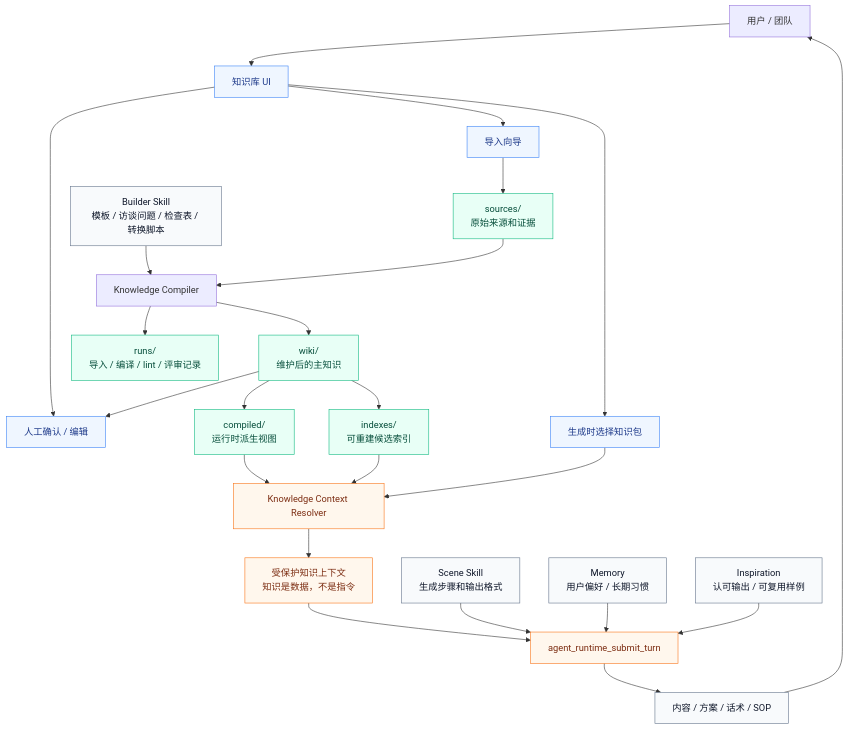
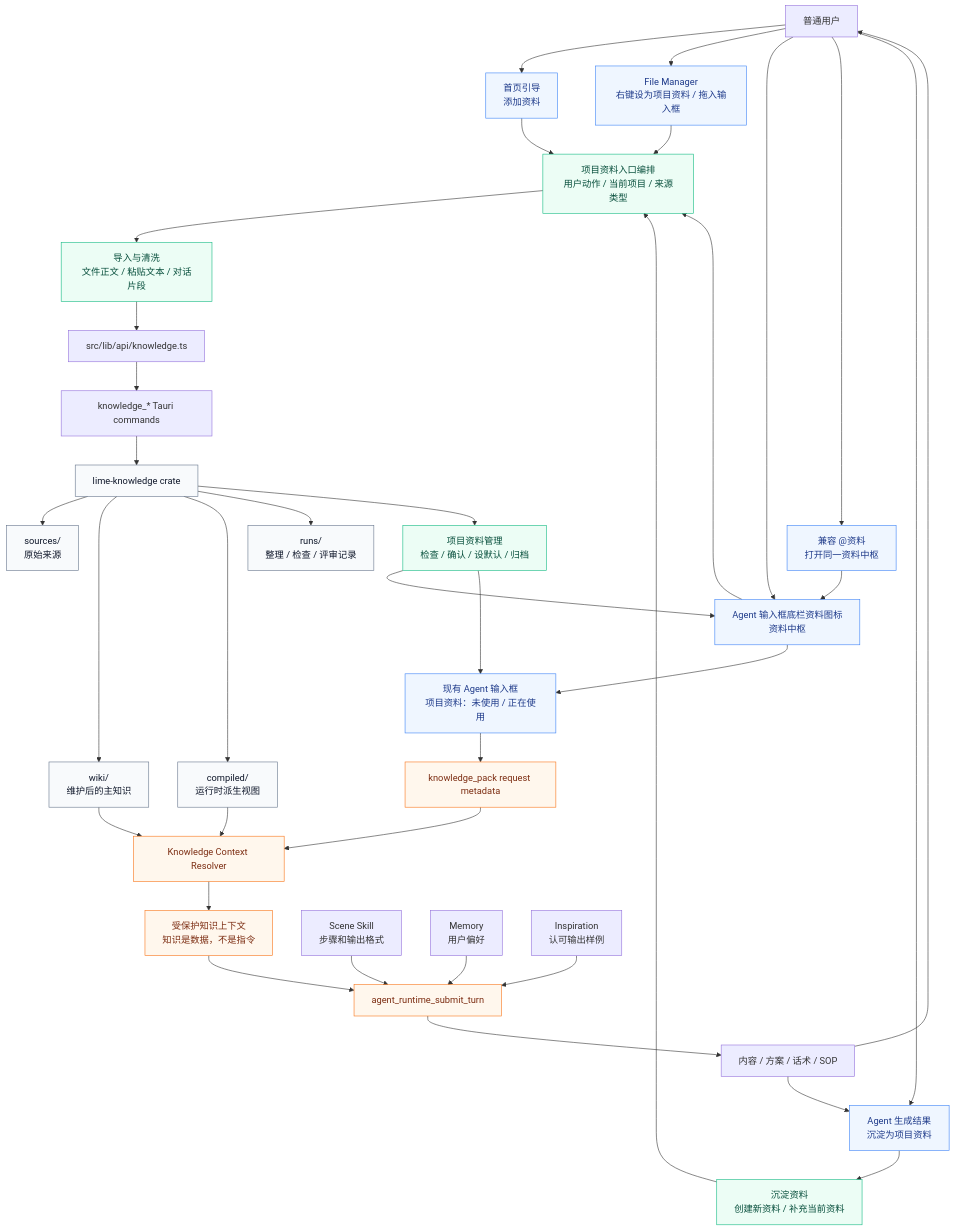
The first of 9 diagrams in docs/roadmap/knowledge/prd.md (limecloud/lime), drawn with Mermaid before and after one commit. The commit also changed other lines of this file and 273 other files, not shown here.

````diff
--- a/docs/roadmap/knowledge/prd.md
+++ b/docs/roadmap/knowledge/prd.md
@@ -396,38 +430,53 @@
 ```mermaid
 flowchart TB
-  User["用户 / 团队"] --> UI["知识库 UI"]
-  UI --> Import["导入向导"]
-  UI --> Review["人工确认 / 编辑"]
-  UI --> RuntimePicker["生成时选择知识包"]
+  User["普通用户"] --> Home["首页引导<br/>添加资料"]
+  User --> FileManager["File Manager<br/>右键设为项目资料 / 拖入输入框"]
+  User --> InputbarKnowledge["Agent 输入框底栏资料图标<br/>资料中枢"]
+  User --> MentionCompat["兼容 @资料<br/>打开同一资料中枢"]
+  User --> AgentOutput["Agent 生成结果<br/>沉淀为项目资料"]
 
-  Import --> Sources["sources/<br/>原始来源和证据"]
-  BuilderSkill["Builder Skill<br/>模板 / 访谈问题 / 检查表 / 转换脚本"] --> Compiler["Knowledge Compiler"]
-  Sources --> Compiler
-  Compiler --> Wiki["wiki/<br/>维护后的主知识"]
-  Wiki --> Compiled["compiled/<br/>运行时派生视图"]
-  Wiki --> Indexes["indexes/<br/>可重建候选索引"]
-  Compiler --> Runs["runs/<br/>导入 / 编译 / lint / 评审记录"]
+  Home --> EntryOrchestrator["项目资料入口编排<br/>用户动作 / 当前项目 / 来源类型"]
+  FileManager --> EntryOrchestrator
+  InputbarKnowledge --> EntryOrchestrator
+  MentionCompat --> InputbarKnowledge
+  AgentOutput --> Settle["沉淀资料<br/>创建新资料 / 补充当前资料"]
+  Settle --> EntryOrchestrator
 
-  Wiki --> Review
-  Compiled --> Resolver["Knowledge Context Resolver"]
-  Indexes --> Resolver
-  RuntimePicker --> Resolver
+  EntryOrchestrator --> Import["导入与清洗<br/>文件正文 / 粘贴文本 / 对话片段"]
+  Import --> Api["src/lib/api/knowledge.ts"]
+  Api --> Commands["knowledge_* Tauri commands"]
+  Commands --> Domain["lime-knowledge crate"]
 
+  Domain --> Sources["sources/<br/>原始来源"]
+  Domain --> Wiki["wiki/<br/>维护后的主知识"]
+  Domain --> Compiled["compiled/<br/>运行时派生视图"]
+  Domain --> Runs["runs/<br/>整理 / 检查 / 评审记录"]
+
+  Domain --> Manage["项目资料管理<br/>检查 / 确认 / 设默认 / 归档"]
+  Manage --> InputbarKnowledge
+  Manage --> UseInAgent["现有 Agent 输入框<br/>项目资料：未使用 / 正在使用"]
+  InputbarKnowledge --> UseInAgent
+
+  UseInAgent --> RuntimeMetadata["knowledge_pack request metadata"]
+  RuntimeMetadata --> Resolver["Knowledge Context Resolver"]
+  Compiled --> Resolver
+  Wiki --> Resolver
   Resolver --> Fenced["受保护知识上下文<br/>知识是数据，不是指令"]
   Fenced --> Runtime["agent_runtime_submit_turn"]
-  SceneSkill["Scene Skill<br/>生成步骤和输出格式"] --> Runtime
-  Memory["Memory<br/>用户偏好 / 长期习惯"] --> Runtime
-  Inspiration["Inspiration<br/>认可输出 / 可复用样例"] --> Runtime
+  SceneSkill["Scene Skill<br/>步骤和输出格式"] --> Runtime
+  Memory["Memory<br/>用户偏好"] --> Runtime
+  Inspiration["Inspiration<br/>认可输出样例"] --> Runtime
   Runtime --> Output["内容 / 方案 / 话术 / SOP"]
   Output --> User
+  Output --> AgentOutput
 
-  classDef source fill:#F8FAFC,stroke:#64748B,color:#0F172A;
-  classDef product fill:#EFF6FF,stroke:#3B82F6,color:#1E3A8A;
+  classDef entry fill:#EFF6FF,stroke:#3B82F6,color:#1E3A8A;
+  classDef product fill:#ECFDF5,stroke:#10B981,color:#064E3B;
+  classDef data fill:#F8FAFC,stroke:#64748B,color:#0F172A;
   classDef runtime fill:#FFF7ED,stroke:#F97316,color:#7C2D12;
-  classDef data fill:#E8FFF6,stroke:#10B981,color:#064E3B;
 
-  class UI,Import,Review,RuntimePicker product;
-  class Sources,Wiki,Compiled,Indexes,Runs data;
-  class Resolver,Fenced,Runtime runtime;
-  class BuilderSkill,SceneSkill,Memory,Inspiration,Output source;
+  class Home,FileManager,InputbarKnowledge,MentionCompat,AgentOutput,UseInAgent entry;
+  class EntryOrchestrator,Import,Manage,Settle product;
+  class Sources,Wiki,Compiled,Runs,Domain data;
+  class Resolver,Fenced,Runtime,RuntimeMetadata runtime;
 ```
````
